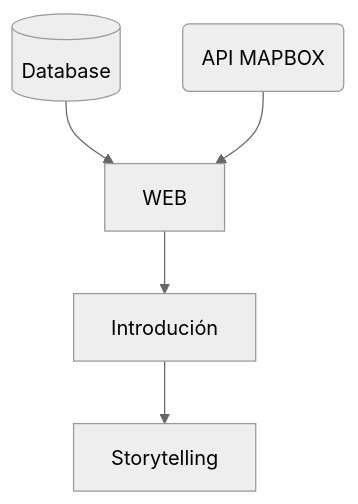
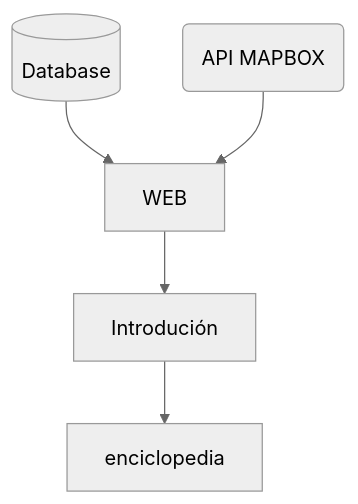
Before and after one commit to alexsarget/OCEX: the diagram in readme.md, drawn with Mermaid (neutral theme). The commit also changed 6 other files, not shown here.

````diff
--- a/readme.md
+++ b/readme.md
@@ -7,7 +7,7 @@
 ```mermaid
 graph TD
     id1[(Database)] --> WEB
     id2(API MAPBOX) --> WEB 
     WEB --> Introdución
-    Introdución --> Storytelling
+    Introdución --> enciclopedia
 ```
````
